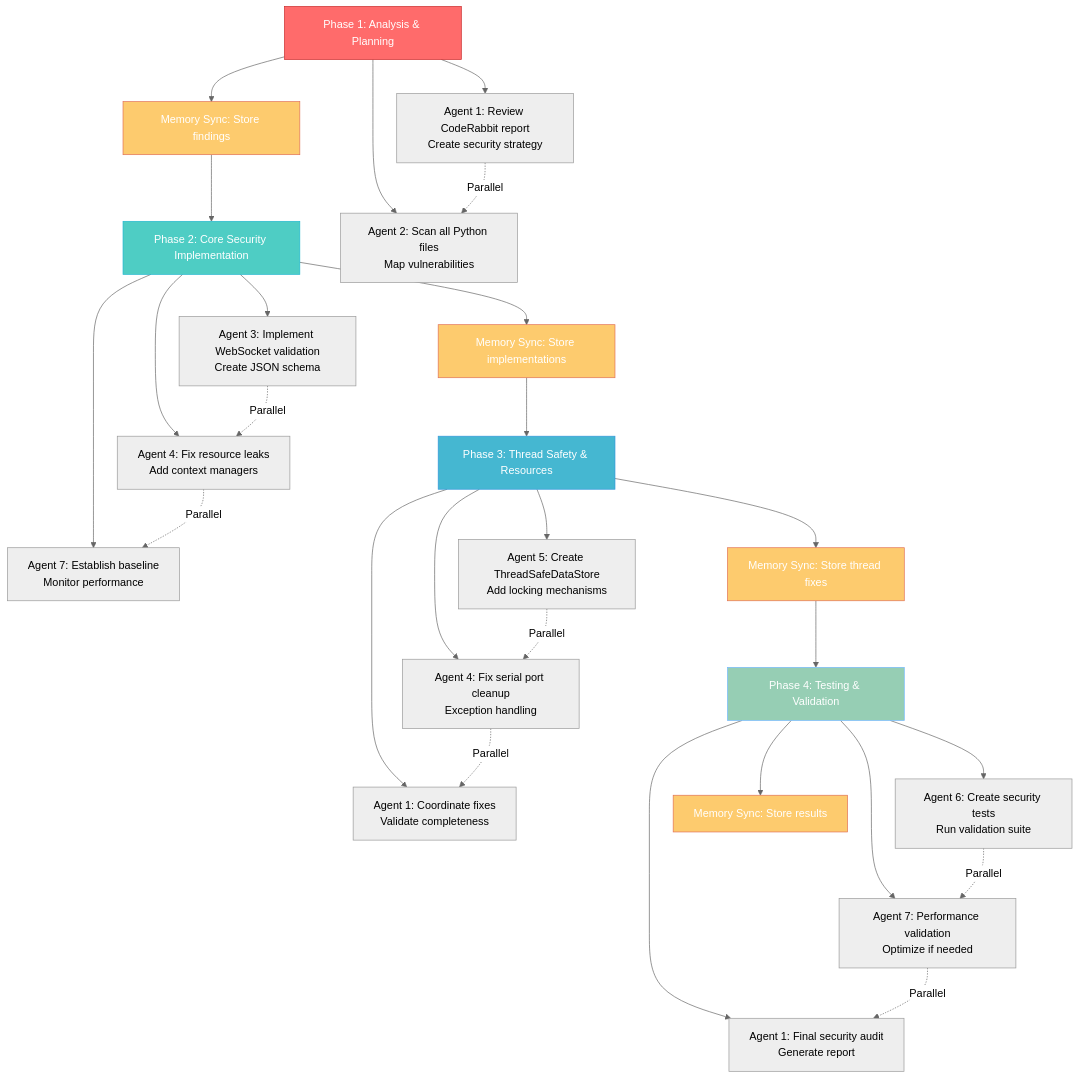
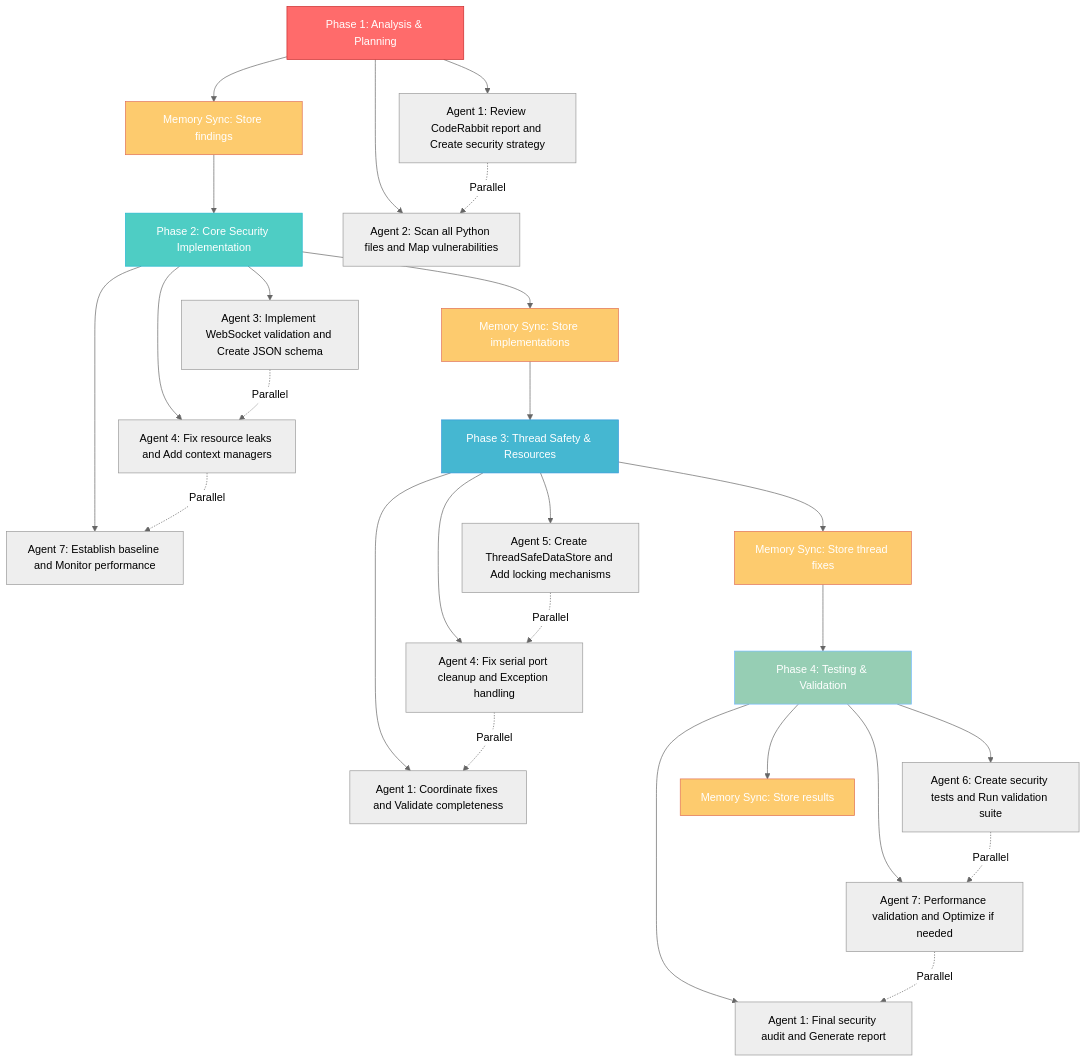
The fifth of 6 diagrams in projects/GA_Modbus_Sim/docs/PR-fixes/46/EXECUTION_FLOW_DIAGRAM.md (custompowerllc/claude-flow), drawn with Mermaid (neutral theme) before and after one commit. The commit also changed other lines of this file and 4 other files, not shown here.

````diff
--- a/projects/GA_Modbus_Sim/docs/PR-fixes/46/EXECUTION_FLOW_DIAGRAM.md
+++ b/projects/GA_Modbus_Sim/docs/PR-fixes/46/EXECUTION_FLOW_DIAGRAM.md
@@ -362,52 +397,52 @@
 ```mermaid
 graph TB
     %% Define styles
     classDef phase1 fill:#ff6b6b,stroke:#c92a2a,color:#fff
     classDef phase2 fill:#4ecdc4,stroke:#22b8cf,color:#fff
     classDef phase3 fill:#45b7d1,stroke:#3498db,color:#fff
     classDef phase4 fill:#96ceb4,stroke:#74b9ff,color:#fff
     classDef sync fill:#fdcb6e,stroke:#e17055,color:#fff
 
     %% Phase Headers
     P1[Phase 1: Analysis & Planning]:::phase1
     P2[Phase 2: Core Security Implementation]:::phase2
     P3[Phase 3: Thread Safety & Resources]:::phase3
     P4[Phase 4: Testing & Validation]:::phase4
     
     %% Phase 1 Tasks (30 min)
-    P1 --> T1_1[Agent 1: Review CodeRabbit report<br/>Create security strategy]
-    P1 --> T1_2[Agent 2: Scan all Python files<br/>Map vulnerabilities]
+    P1 --> T1_1[Agent 1: Review CodeRabbit report and Create security strategy]
+    P1 --> T1_2[Agent 2: Scan all Python files and Map vulnerabilities]
     P1 --> T1_SYNC[Memory Sync: Store findings]:::sync
     
     %% Phase 2 Tasks (60 min)
-    P2 --> T2_1[Agent 3: Implement WebSocket validation<br/>Create JSON schema]
-    P2 --> T2_2[Agent 4: Fix resource leaks<br/>Add context managers]
-    P2 --> T2_3[Agent 7: Establish baseline<br/>Monitor performance]
+    P2 --> T2_1[Agent 3: Implement WebSocket validation and Create JSON schema]
+    P2 --> T2_2[Agent 4: Fix resource leaks and Add context managers]
+    P2 --> T2_3[Agent 7: Establish baseline and Monitor performance]
     P2 --> T2_SYNC[Memory Sync: Store implementations]:::sync
     
     %% Phase 3 Tasks (45 min)
-    P3 --> T3_1[Agent 5: Create ThreadSafeDataStore<br/>Add locking mechanisms]
-    P3 --> T3_2[Agent 4: Fix serial port cleanup<br/>Exception handling]
-    P3 --> T3_3[Agent 1: Coordinate fixes<br/>Validate completeness]
+    P3 --> T3_1[Agent 5: Create ThreadSafeDataStore and Add locking mechanisms]
+    P3 --> T3_2[Agent 4: Fix serial port cleanup and Exception handling]
+    P3 --> T3_3[Agent 1: Coordinate fixes and Validate completeness]
     P3 --> T3_SYNC[Memory Sync: Store thread fixes]:::sync
     
     %% Phase 4 Tasks (45 min)
-    P4 --> T4_1[Agent 6: Create security tests<br/>Run validation suite]
-    P4 --> T4_2[Agent 7: Performance validation<br/>Optimize if needed]
-    P4 --> T4_3[Agent 1: Final security audit<br/>Generate report]
+    P4 --> T4_1[Agent 6: Create security tests and Run validation suite]
+    P4 --> T4_2[Agent 7: Performance validation and Optimize if needed]
+    P4 --> T4_3[Agent 1: Final security audit and Generate report]
     P4 --> T4_SYNC[Memory Sync: Store results]:::sync
     
     %% Sequential Flow
     T1_SYNC --> P2
     T2_SYNC --> P3
     T3_SYNC --> P4
     
     %% Parallel Execution within Phases
     T1_1 -.->|Parallel| T1_2
     T2_1 -.->|Parallel| T2_2
     T2_2 -.->|Parallel| T2_3
     T3_1 -.->|Parallel| T3_2
     T3_2 -.->|Parallel| T3_3
     T4_1 -.->|Parallel| T4_2
     T4_2 -.->|Parallel| T4_3
 ```
````
